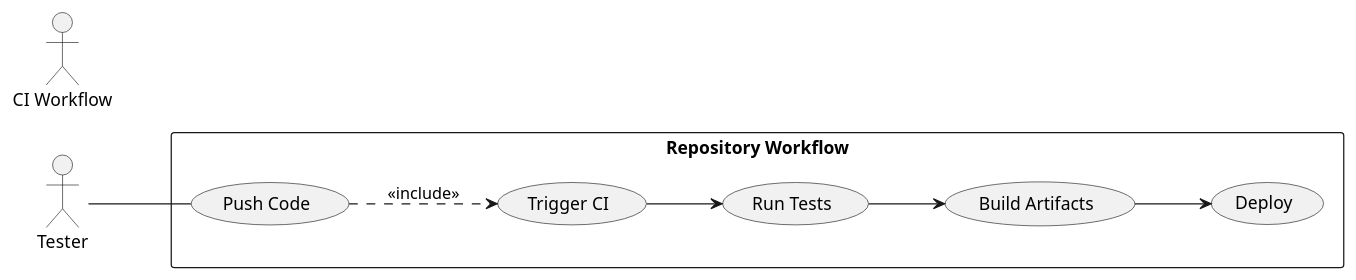
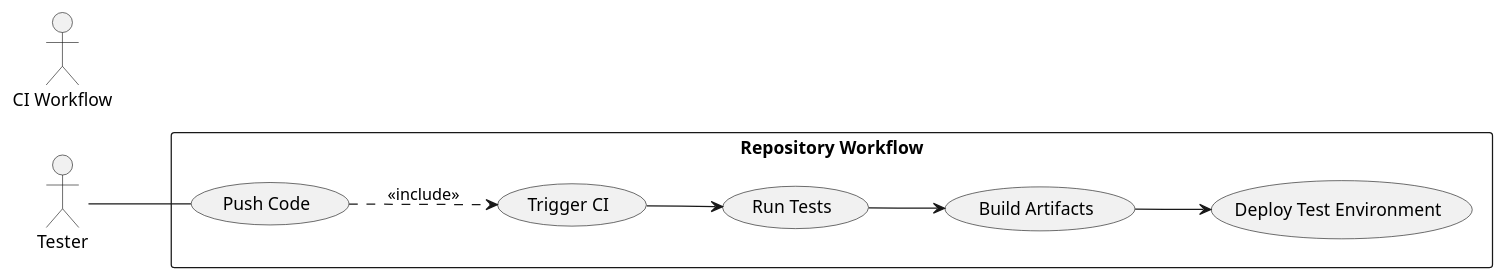
The diagram in docs/docs/use-case/sample-workflow.md (SE357-TMS/SE357-TMS.github.io), drawn with PlantUML before and after one commit. The commit also changed 1 other file, not shown here.

Commit message:
fix(docs): update use case diagram and correct image path

````diff
--- a/docs/docs/use-case/sample-workflow.md
+++ b/docs/docs/use-case/sample-workflow.md
@@ -5,23 +5,23 @@
 ```plantuml
 @startuml
 left to right direction
 
 actor Tester
 actor "CI Workflow" as CI
 
 rectangle "Repository Workflow" {
   usecase UC01 as "Push Code"
   usecase UC02 as "Trigger CI"
   usecase UC03 as "Run Tests"
   usecase UC04 as "Build Artifacts"
-  usecase UC05 as "Deploy"
+  usecase UC05 as "Deploy Test Environment"
 }
 
 Tester -- UC01
 UC01 ..> UC02 : <<include>>
 UC02 --> UC03
 UC03 --> UC04
 UC04 --> UC05
 
 @enduml
 ```
````
